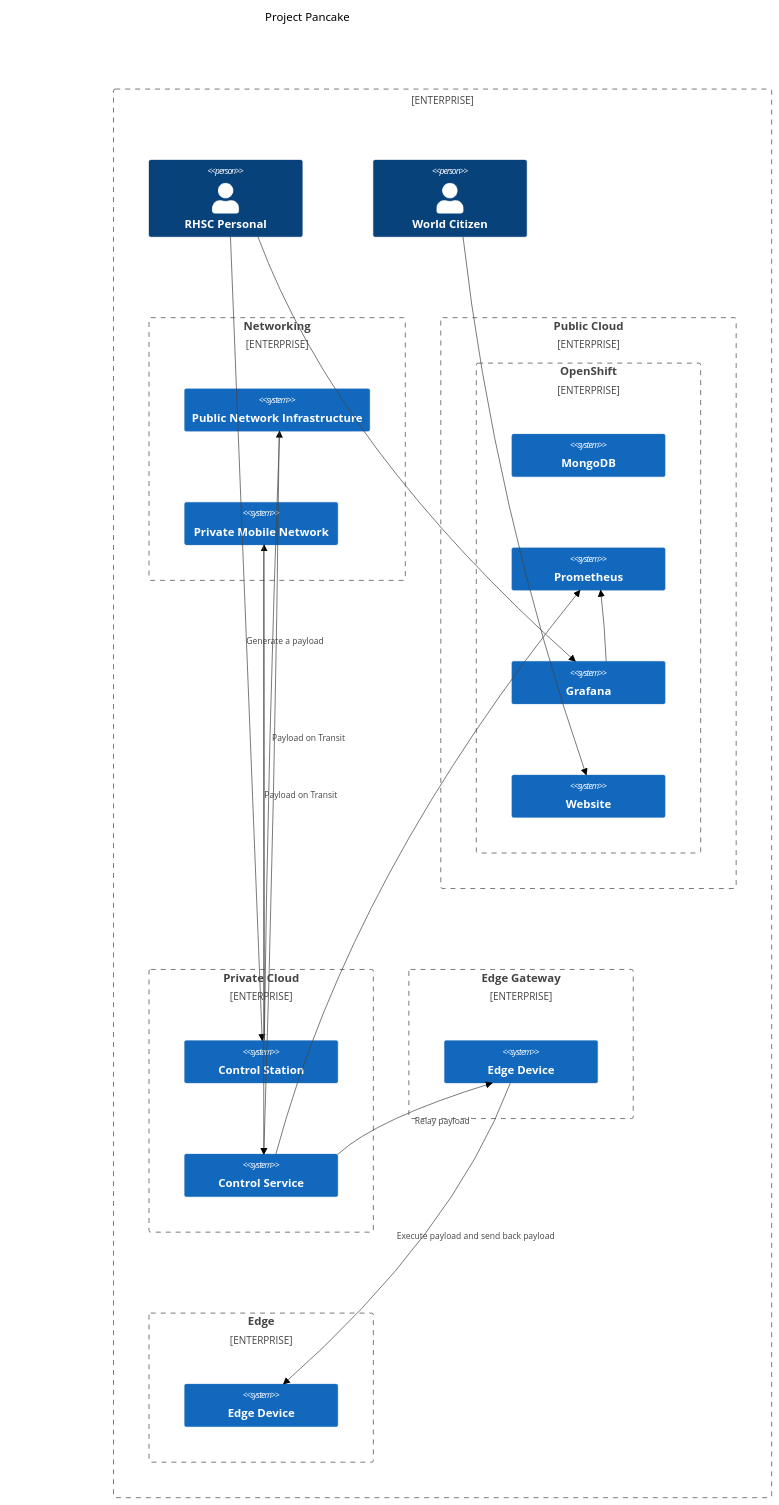
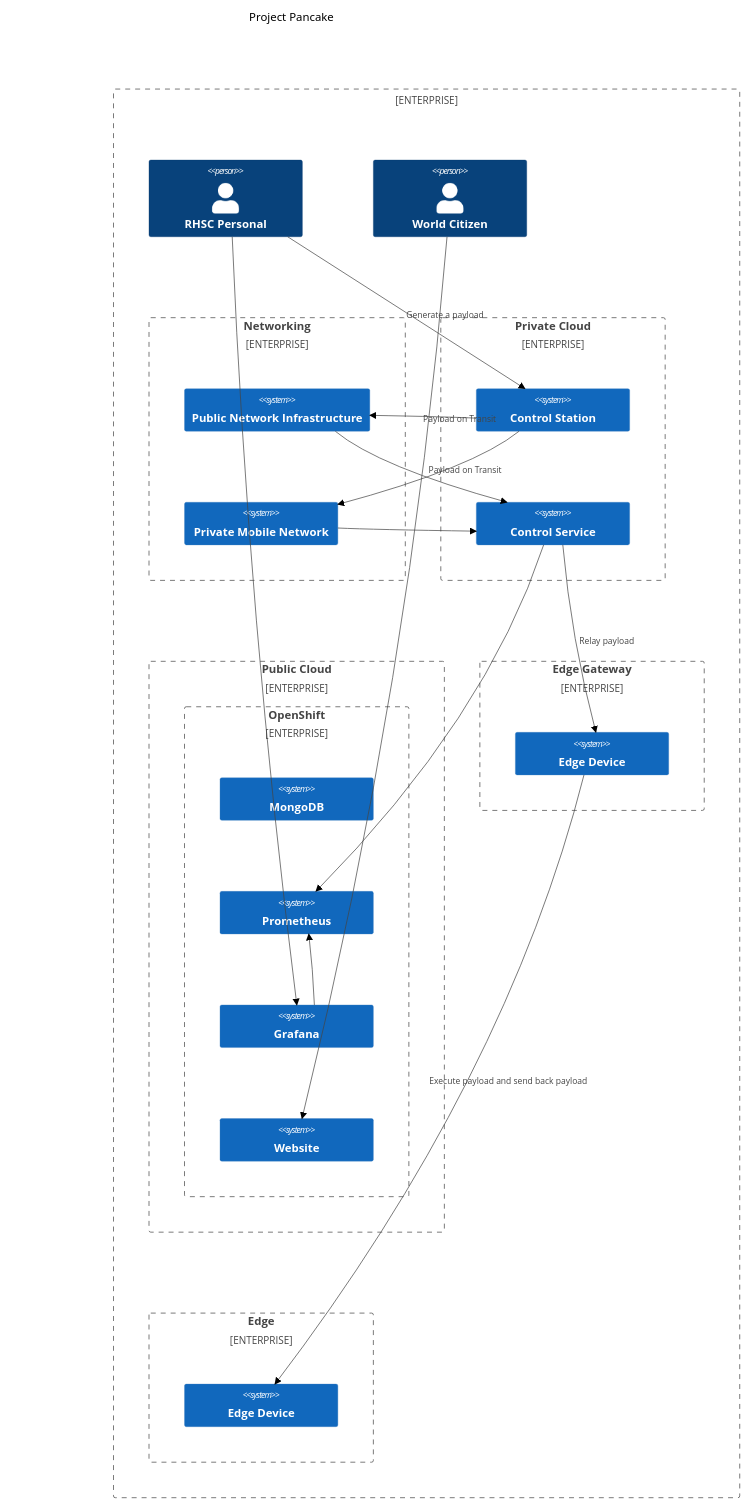
One commit to beezy-cloud/project-pancake changed the diagram in docs/index.md. Above: the diagram before and after it, drawn with Mermaid (neutral theme).

````diff
--- a/docs/index.md
+++ b/docs/index.md
@@ -7,52 +7,51 @@
 ```mermaid 
     C4Context
       title Project Pancake
       Enterprise_Boundary(b0, "") {
         Person(Personal, "RHSC Personal")
         Person(Public, "World Citizen")
 
         Enterprise_Boundary(b6, "Networking"){
           System(PubNetwork, "Public Network Infrastructure")
           System(PrvNetwork, "Private Mobile Network")
         }
 
+        Enterprise_Boundary(b3, "Private Cloud"){
+          System(ControlStation, "Control Station")
+          System(ControlService, "Control Service")
+        }
 
         Enterprise_Boundary(b2, "Public Cloud") {
           Enterprise_Boundary(c1, "OpenShift"){
             System(MongoDB, "MongoDB")
             System(Prometheus, "Prometheus")
             System(Grafana, "Grafana")
             System(Website, "Website")
           }
-        }
-
-        Enterprise_Boundary(b3, "Private Cloud"){
-          System(ControlStation, "Control Station")
-          System(ControlService, "Control Service")
         }
 
         Enterprise_Boundary(b4, "Edge Gateway"){
           System(EdgeGateway, "Edge Device")
         }
         Enterprise_Boundary(b5, "Edge"){
           System(EdgeDevice, "Edge Device")
         }
       }
 
       Rel(Personal, ControlStation, "Generate a payload")
 
       Rel(ControlStation, PubNetwork, "Payload on Transit")
       Rel(PubNetwork, ControlService, "")
       
       Rel(ControlStation, PrvNetwork, "Payload on Transit")
       Rel(PrvNetwork, ControlService, "")
       
       Rel(ControlService, Prometheus, "")
       Rel(Grafana, Prometheus, "")
       Rel(ControlService, EdgeGateway, "Relay payload")
       Rel(EdgeGateway, EdgeDevice, "Execute payload and send back payload")
 
       Rel(Public, Website, "")
       Rel(Personal, Grafana, "")
 
 ```
````
